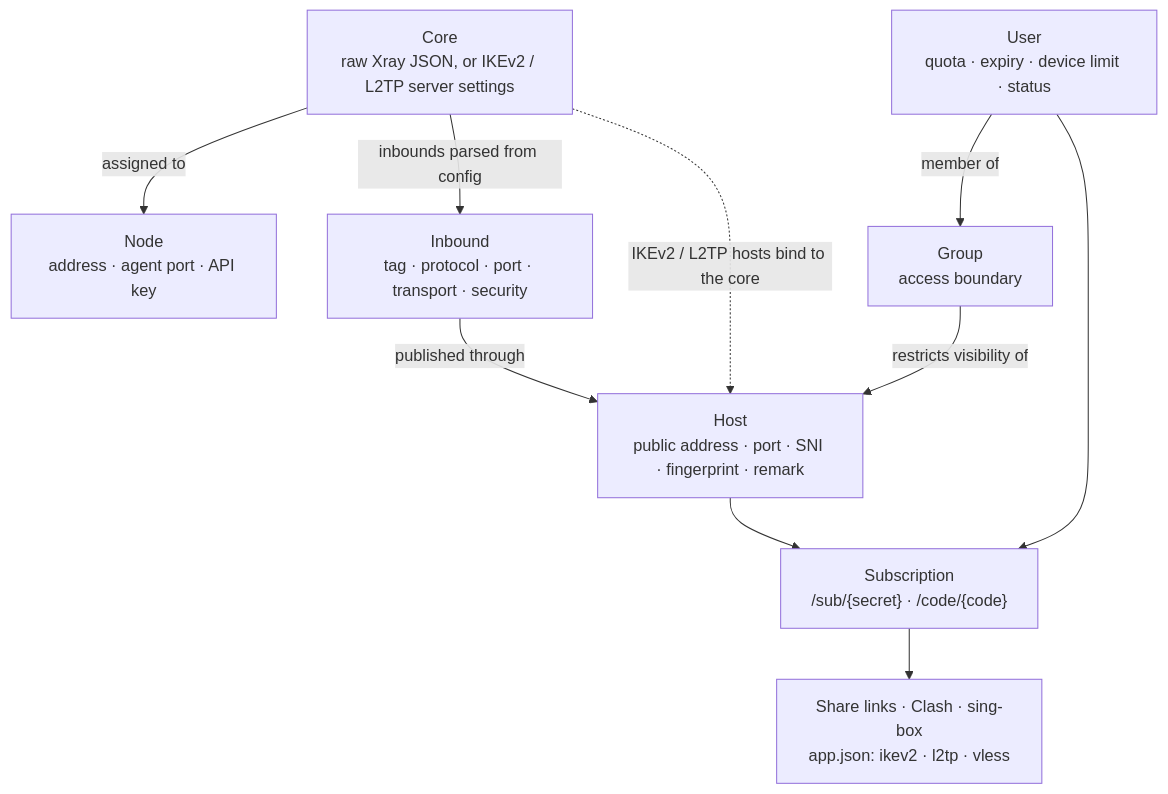
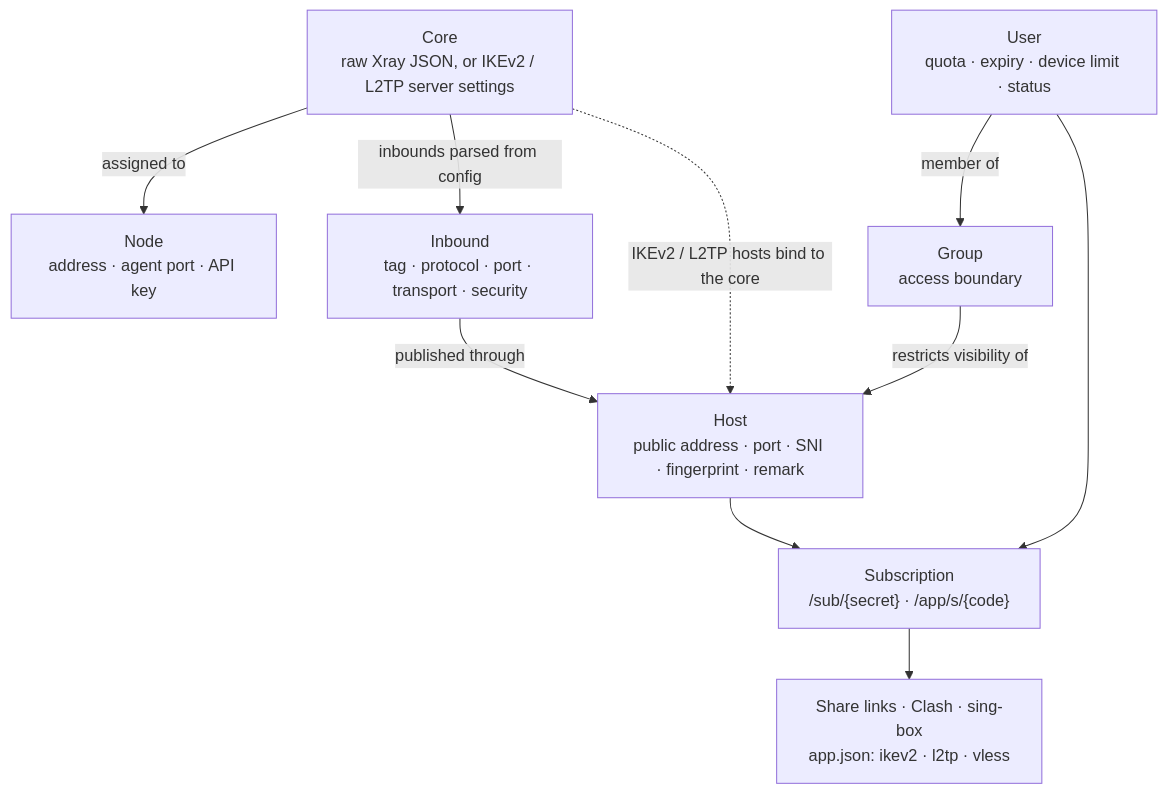
The diagram in docs/en/cores-and-hosts.md (javadtifusi-eng/Tifusi-Panel), drawn with Mermaid before and after one commit. The commit also changed other lines of this file and 30 other files, not shown here.

````diff
--- a/docs/en/cores-and-hosts.md
+++ b/docs/en/cores-and-hosts.md
@@ -7,21 +9,21 @@
 ```mermaid
 flowchart TD
     Core["Core<br/>raw Xray JSON, or IKEv2 / L2TP server settings"]
     Node["Node<br/>address · agent port · API key"]
     Inbound["Inbound<br/>tag · protocol · port · transport · security"]
     Host["Host<br/>public address · port · SNI · fingerprint · remark"]
     Group["Group<br/>access boundary"]
     User["User<br/>quota · expiry · device limit · status"]
-    Sub["Subscription<br/>/sub/{secret} · /code/{code}"]
+    Sub["Subscription<br/>/sub/{secret} · /app/s/{code}"]
     Out["Share links · Clash · sing-box<br/>app.json: ikev2 · l2tp · vless"]
 
     Core -->|"assigned to"| Node
     Core -->|"inbounds parsed from config"| Inbound
     Inbound -->|"published through"| Host
     Core -.->|"IKEv2 / L2TP hosts bind to the core"| Host
     Group -->|"restricts visibility of"| Host
     User -->|"member of"| Group
     User --> Sub
     Host --> Sub
     Sub --> Out
 ```
````
